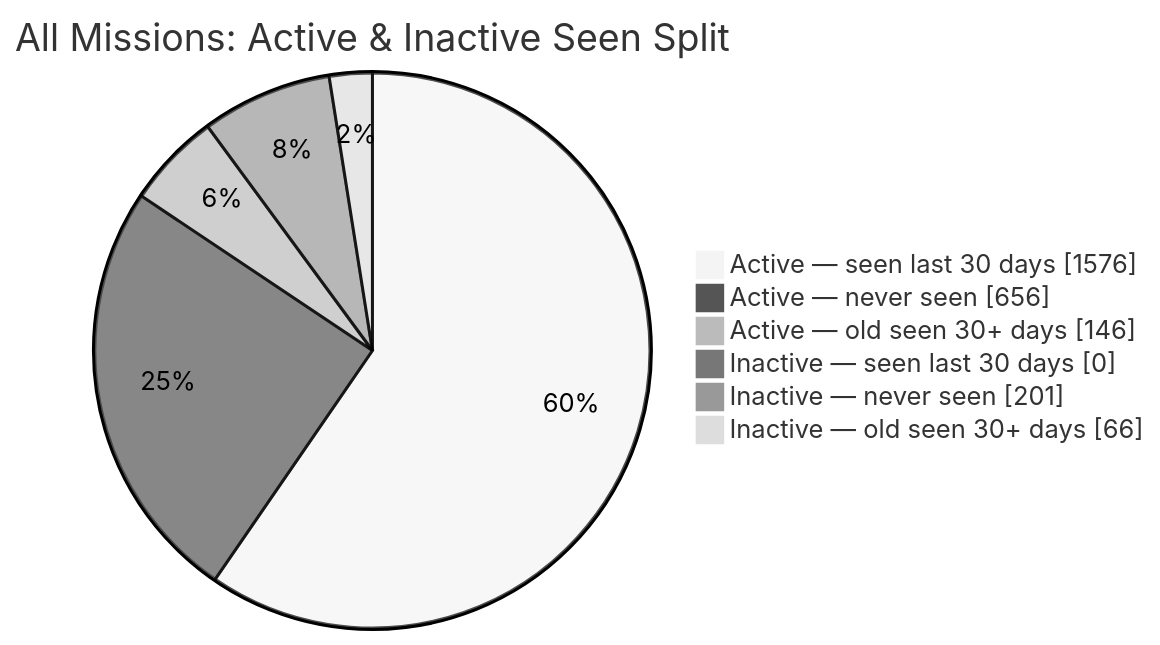
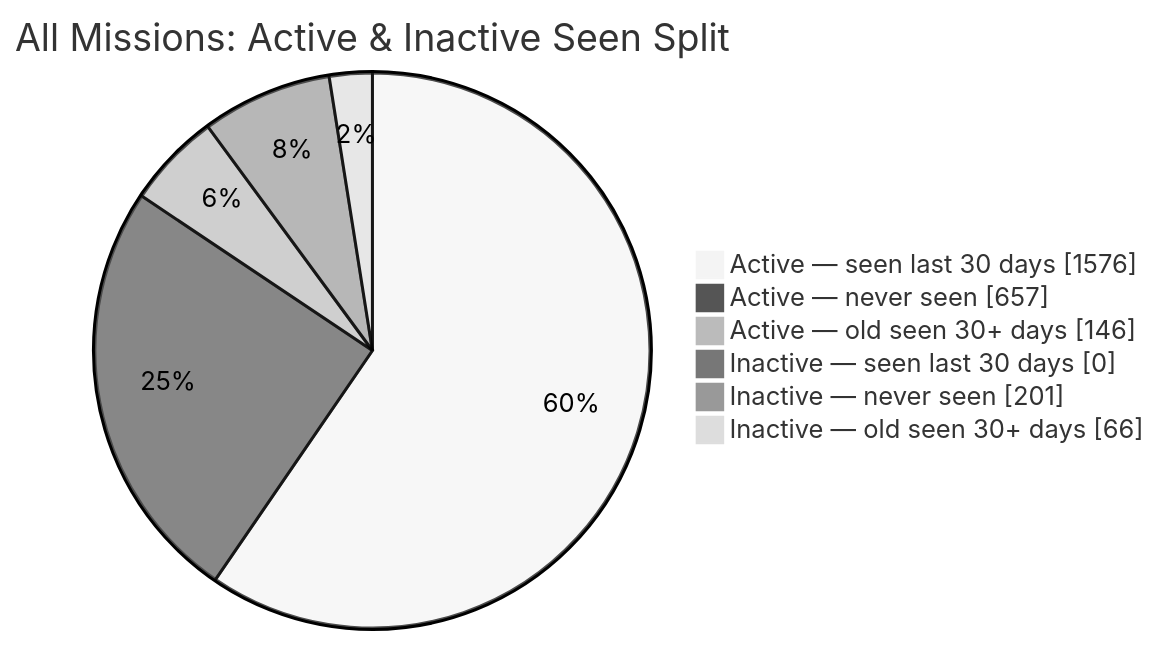
The second of 2 diagrams in README.md (MeldkamerspelGameTeam/active-missions), drawn with Mermaid (neutral theme) before and after one commit. The commit also changed other lines of this file and 4 other files, not shown here.

````diff
--- a/README.md
+++ b/README.md
@@ -44,10 +44,10 @@
 ```mermaid
 pie showData
     title All Missions: Active & Inactive Seen Split
     "Active — seen last 30 days" : 1576
-    "Active — never seen" : 656
+    "Active — never seen" : 657
     "Active — old seen 30+ days" : 146
     "Inactive — seen last 30 days" : 0
     "Inactive — never seen" : 201
     "Inactive — old seen 30+ days" : 66
 ```
````
